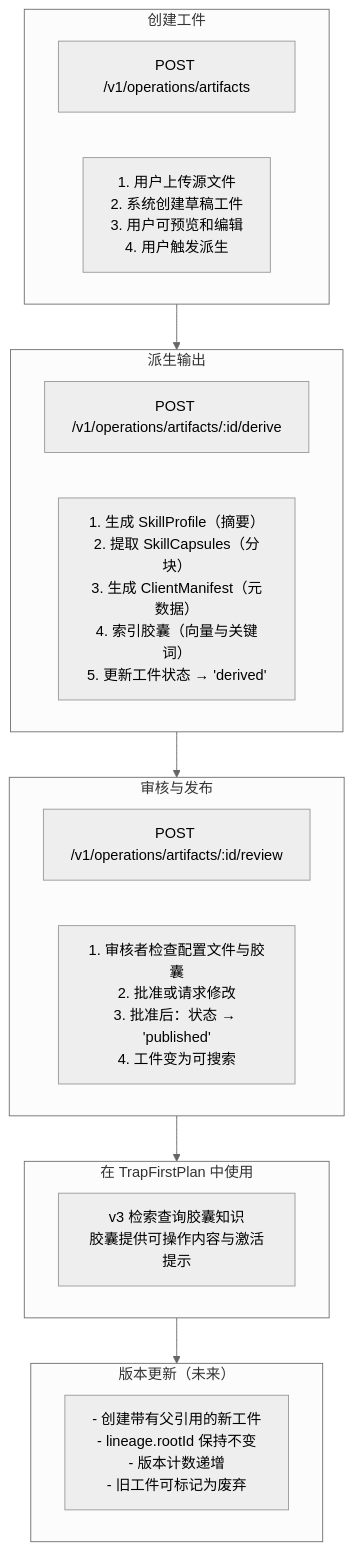
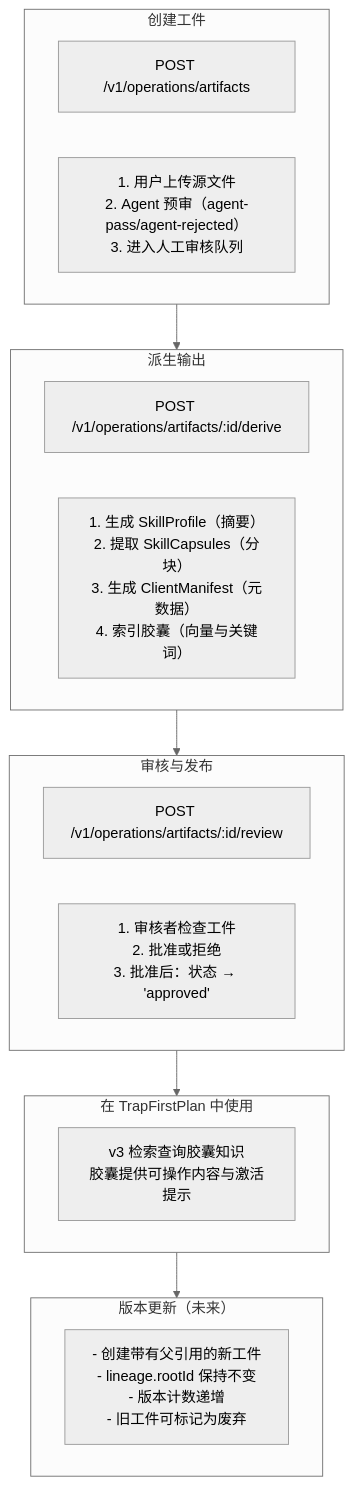
The second of 7 diagrams in docs/architecture/components/ARTIFACTS.md (pofossette/TrapMap-for-vibing), drawn with Mermaid (neutral theme) before and after one commit. The commit also changed other lines of this file and 17 other files, not shown here.

````diff
--- a/docs/architecture/components/ARTIFACTS.md
+++ b/docs/architecture/components/ARTIFACTS.md
@@ -160,27 +176,27 @@
 ```mermaid
 flowchart TB
     subgraph 创建工件["创建工件"]
         A1["POST /v1/operations/artifacts"]
-        A2["1. 用户上传源文件\n2. 系统创建草稿工件\n3. 用户可预览和编辑\n4. 用户触发派生"]
+        A2["1. 用户上传源文件\n2. Agent 预审（agent-pass/agent-rejected）\n3. 进入人工审核队列"]
+    end
+
+    subgraph 审核发布["审核与发布"]
+        C1["POST /v1/operations/artifacts/:id/review"]
+        C2["1. 审核者检查工件\n2. 批准或拒绝\n3. 批准后：状态 → 'approved'"]
     end
 
     subgraph 派生输出["派生输出"]
         B1["POST /v1/operations/artifacts/:id/derive"]
-        B2["1. 生成 SkillProfile（摘要）\n2. 提取 SkillCapsules（分块）\n3. 生成 ClientManifest（元数据）\n4. 索引胶囊（向量与关键词）\n5. 更新工件状态 → 'derived'"]
-    end
-
-    subgraph 审核发布["审核与发布"]
-        C1["POST /v1/operations/artifacts/:id/review"]
-        C2["1. 审核者检查配置文件与胶囊\n2. 批准或请求修改\n3. 批准后：状态 → 'published'\n4. 工件变为可搜索"]
+        B2["1. 生成 SkillProfile（摘要）\n2. 提取 SkillCapsules（分块）\n3. 生成 ClientManifest（元数据）\n4. 索引胶囊（向量与关键词）"]
     end
 
     subgraph 计划使用["在 TrapFirstPlan 中使用"]
         D["v3 检索查询胶囊知识\n胶囊提供可操作内容与激活提示"]
     end
 
     subgraph 版本更新["版本更新（未来）"]
         E["- 创建带有父引用的新工件\n- lineage.rootId 保持不变\n- 版本计数递增\n- 旧工件可标记为废弃"]
     end
 
     创建工件 --> 派生输出 --> 审核发布 --> 计划使用 --> 版本更新
 ```
````
